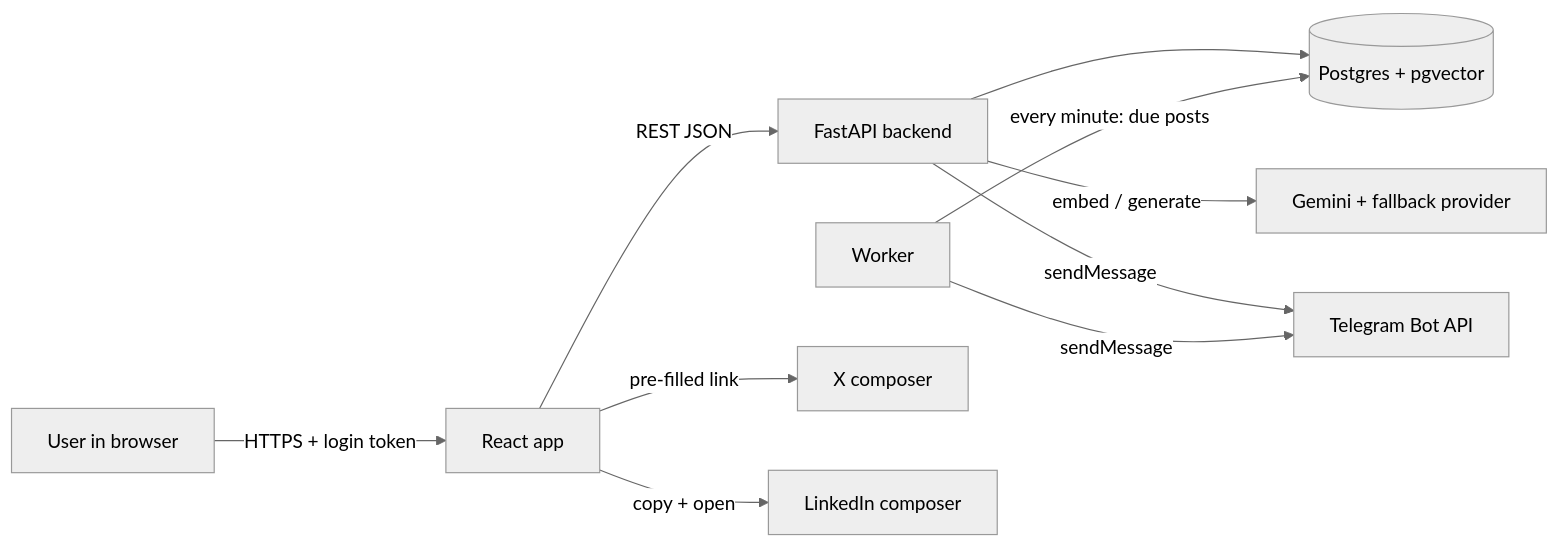
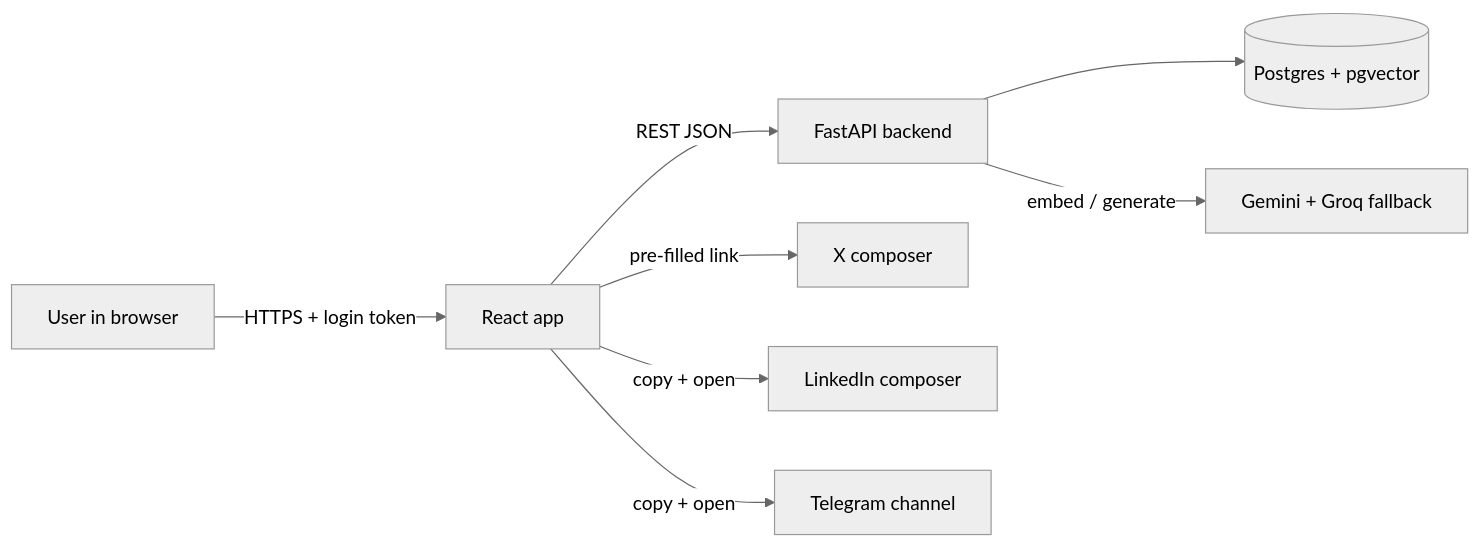
Before and after one commit to fetehadin/post-generator: the first of 2 diagrams in docs/SRS.md, drawn with Mermaid (neutral theme). The commit also changed other lines of this file and 7 other files, not shown here.

````diff
--- a/docs/SRS.md
+++ b/docs/SRS.md
@@ -77,12 +78,10 @@
 ```mermaid
 flowchart LR
     U[User in browser] -->|HTTPS + login token| FE[React app]
     FE -->|REST JSON| API[FastAPI backend]
     API --> DB[(Postgres + pgvector)]
-    API -->|embed / generate| AI[Gemini + fallback provider]
-    API -->|sendMessage| TG[Telegram Bot API]
-    W[Worker] -->|every minute: due posts| DB
-    W -->|sendMessage| TG
+    API -->|embed / generate| AI[Gemini + Groq fallback]
     FE -->|pre-filled link| X[X composer]
     FE -->|copy + open| LI[LinkedIn composer]
+    FE -->|copy + open| TG[Telegram channel]
 ```
````
